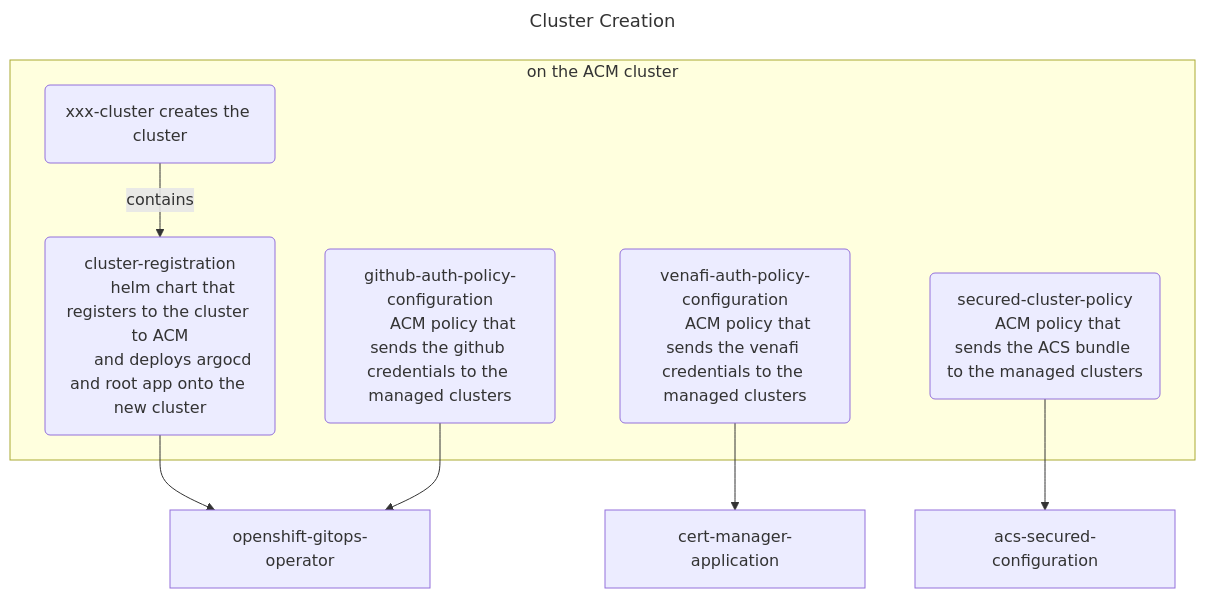
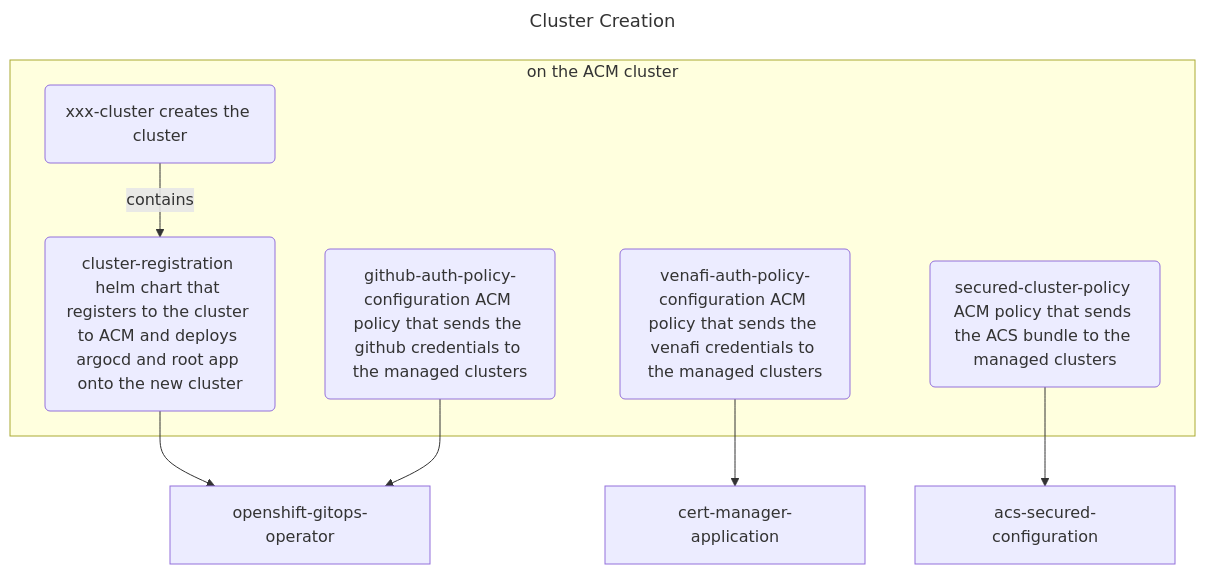
One commit to mmwillingham/acm changed the diagram in test-mermaid/test-mermaid.build.md. Above: the diagram before and after it, drawn with Mermaid.

````diff
--- a/test-mermaid/test-mermaid.build.md
+++ b/test-mermaid/test-mermaid.build.md
@@ -2,29 +2,24 @@
 ```mermaid
 ---
 title: Cluster Creation
 ---
 flowchart TD
     venafi-auth-policy-configuration --> cert-manager-application
     cluster-registration --> openshift-gitops-operator
     github-auth-policy-configuration --> openshift-gitops-operator
     secured-cluster-policy --> acs-secured-configuration
 
   subgraph "on the ACM cluster"
-    xxx-cluster(xxx-cluster creates the cluster) -- contains --> cluster-registration(cluster-registration
-      helm chart that registers to the cluster to ACM
-      and deploys argocd and root app onto the new cluster)
-    venafi-auth-policy-configuration(venafi-auth-policy-configuration
-      ACM policy that sends the venafi credentials to the managed clusters)
-    github-auth-policy-configuration(github-auth-policy-configuration
-      ACM policy that sends the github credentials to the managed clusters)
-    secured-cluster-policy(secured-cluster-policy
-      ACM policy that sends the ACS bundle to the managed clusters)
+    xxx-cluster(xxx-cluster creates the cluster) -- contains --> cluster-registration(cluster-registration helm chart that registers to the cluster to ACM and deploys argocd and root app onto the new cluster)
+    venafi-auth-policy-configuration(venafi-auth-policy-configuration ACM policy that sends the venafi credentials to the managed clusters)
+    github-auth-policy-configuration(github-auth-policy-configuration ACM policy that sends the github credentials to the managed clusters)
+    secured-cluster-policy(secured-cluster-policy ACM policy that sends the ACS bundle to the managed clusters)
   end
 
 
 
 
 
 
 
 ```
````
